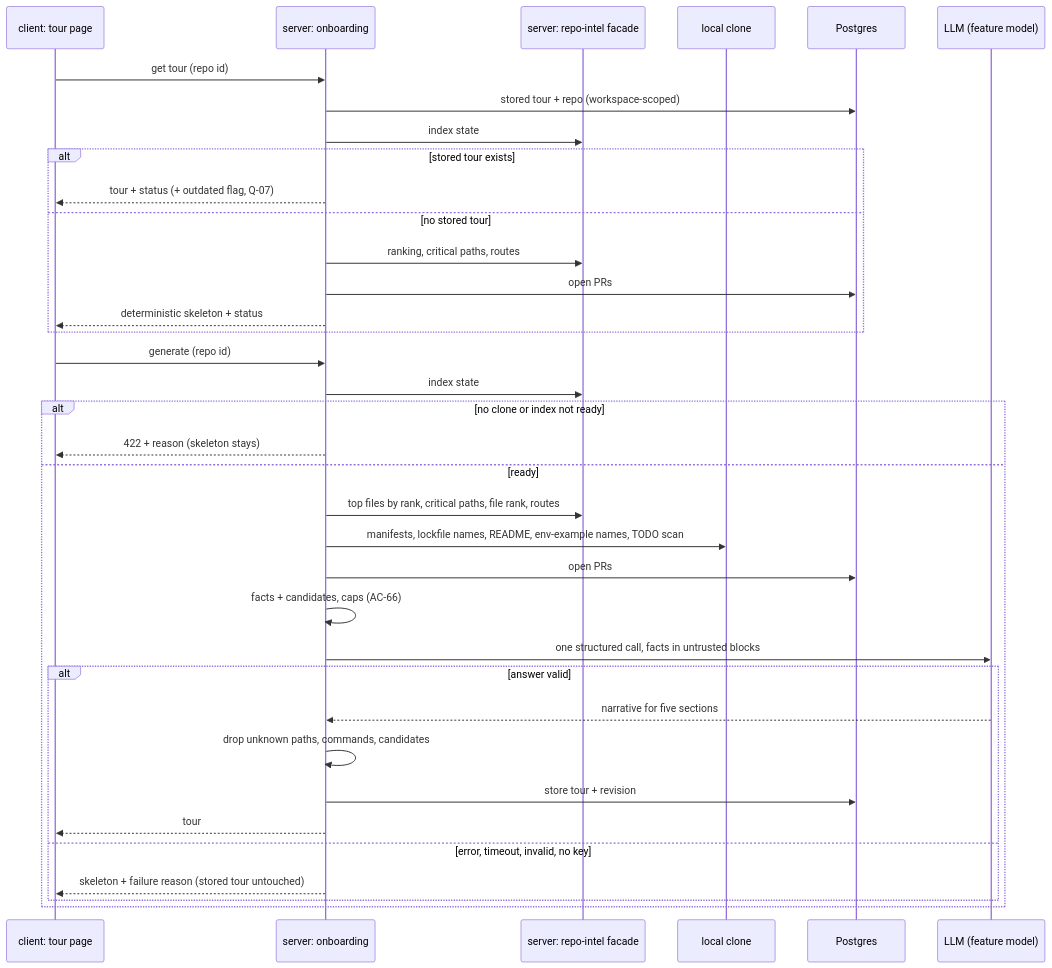
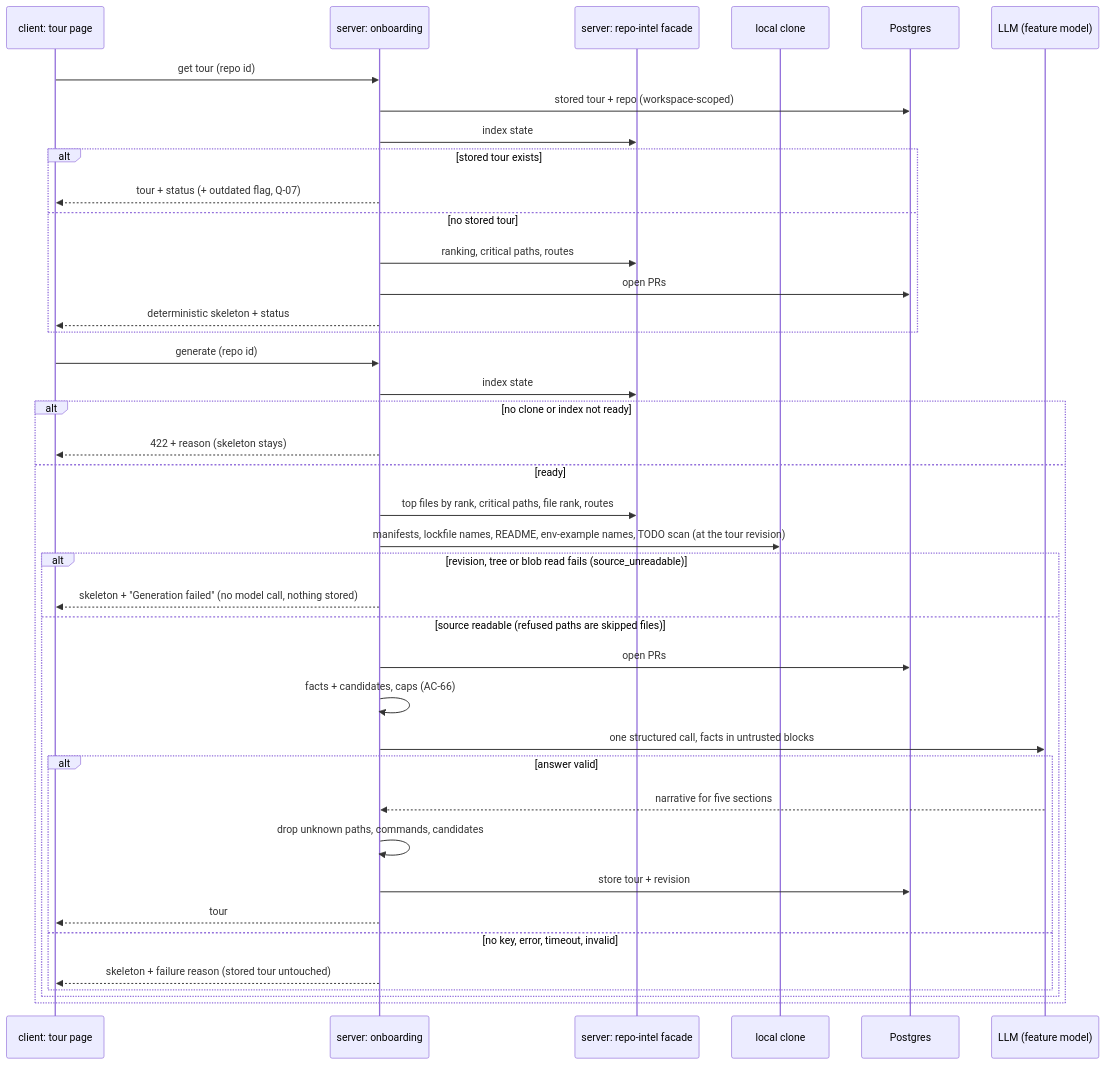
The diagram in specs/L05-onboarding-generator.requirements.md (malinovskiy-alex/dev-digest), drawn with Mermaid before and after one commit. The commit also changed other lines of this file and 1 other file, not shown here.

Commit message:
docs(specs): AC-89 unreadable source; plan revision 5
AC-89: if the repository's files cannot be read from git at the tour
revision, no model call, nothing stored, failure kind source_unreadable;
a path the git adapter refuses by design is a skipped file. Plan rev 5
records the pre-merge round (F-52..F-61, F-64).

````diff
--- a/specs/L05-onboarding-generator.requirements.md
+++ b/specs/L05-onboarding-generator.requirements.md
@@ -278,40 +279,44 @@
 ```mermaid
 sequenceDiagram
   participant UI as client: tour page
   participant ON as server: onboarding
   participant RI as server: repo-intel facade
   participant GIT as local clone
   participant DB as Postgres
   participant LLM as LLM (feature model)
 
   UI->>ON: get tour (repo id)
   ON->>DB: stored tour + repo (workspace-scoped)
   ON->>RI: index state
   alt stored tour exists
     ON-->>UI: tour + status (+ outdated flag, Q-07)
   else no stored tour
     ON->>RI: ranking, critical paths, routes
     ON->>DB: open PRs
     ON-->>UI: deterministic skeleton + status
   end
 
   UI->>ON: generate (repo id)
   ON->>RI: index state
   alt no clone or index not ready
     ON-->>UI: 422 + reason (skeleton stays)
   else ready
     ON->>RI: top files by rank, critical paths, file rank, routes
-    ON->>GIT: manifests, lockfile names, README, env-example names, TODO scan
-    ON->>DB: open PRs
-    ON->>ON: facts + candidates, caps (AC-66)
-    ON->>LLM: one structured call, facts in untrusted blocks
-    alt answer valid
-      LLM-->>ON: narrative for five sections
-      ON->>ON: drop unknown paths, commands, candidates
-      ON->>DB: store tour + revision
-      ON-->>UI: tour
-    else error, timeout, invalid, no key
-      ON-->>UI: skeleton + failure reason (stored tour untouched)
+    ON->>GIT: manifests, lockfile names, README, env-example names, TODO scan (at the tour revision)
+    alt revision, tree or blob read fails (source_unreadable)
+      ON-->>UI: skeleton + "Generation failed" (no model call, nothing stored)
+    else source readable (refused paths are skipped files)
+      ON->>DB: open PRs
+      ON->>ON: facts + candidates, caps (AC-66)
+      ON->>LLM: one structured call, facts in untrusted blocks
+      alt answer valid
+        LLM-->>ON: narrative for five sections
+        ON->>ON: drop unknown paths, commands, candidates
+        ON->>DB: store tour + revision
+        ON-->>UI: tour
+      else no key, error, timeout, invalid
+        ON-->>UI: skeleton + failure reason (stored tour untouched)
+      end
     end
   end
 ```
````
